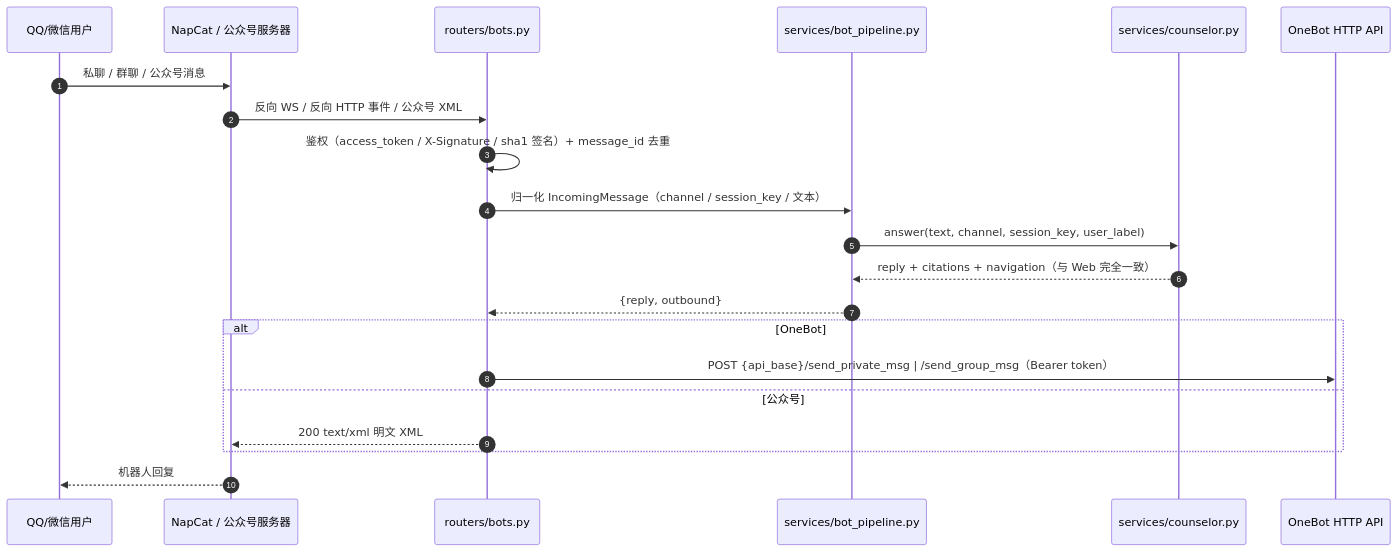
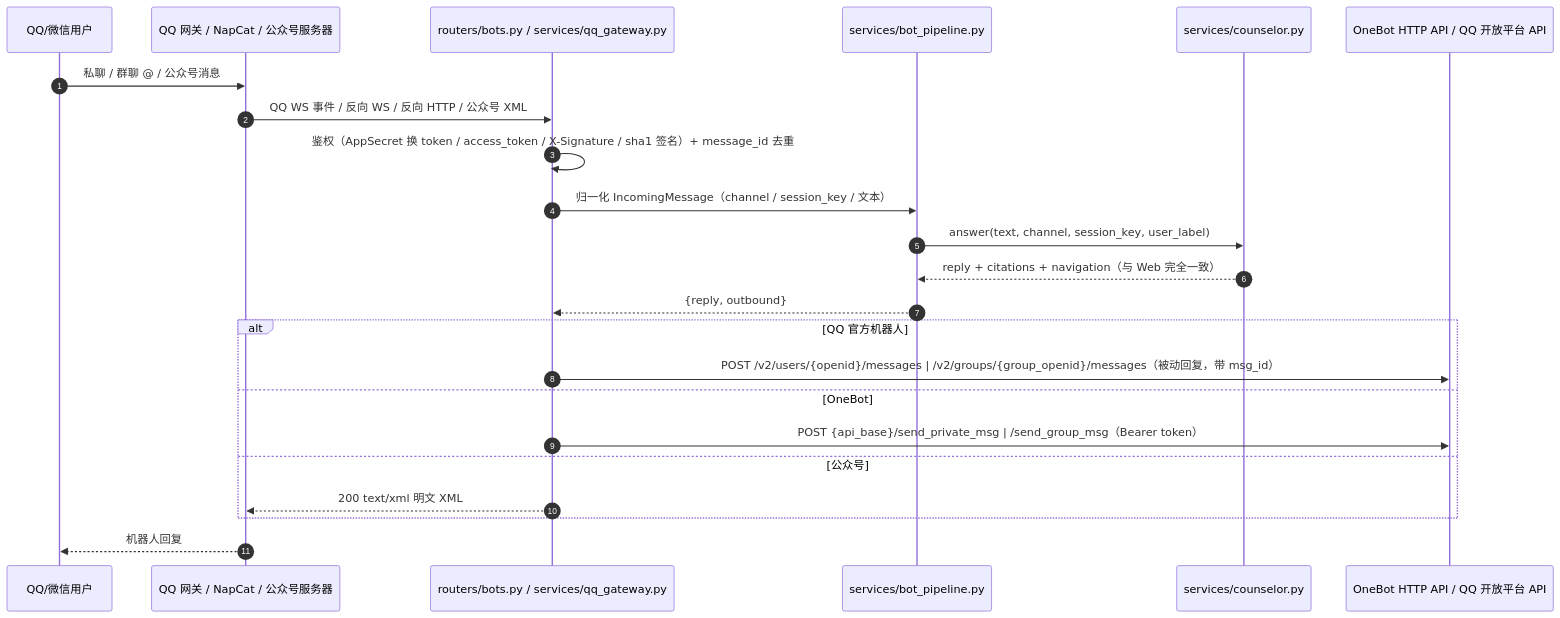
Before and after one commit to kaijiefeng/NPU-Assistant: the fourth of 5 diagrams in docs/ARCHITECTURE.md, drawn with Mermaid. The commit also changed other lines of this file and 15 other files, not shown here.

````diff
--- a/docs/ARCHITECTURE.md
+++ b/docs/ARCHITECTURE.md
@@ -187,24 +187,26 @@
 ```mermaid
 sequenceDiagram
     autonumber
     participant Q as QQ/微信用户
-    participant N as NapCat / 公众号服务器
-    participant B as routers/bots.py
+    participant N as QQ 网关 / NapCat / 公众号服务器
+    participant B as routers/bots.py / services/qq_gateway.py
     participant P as services/bot_pipeline.py
     participant S as services/counselor.py
-    participant A as OneBot HTTP API
+    participant A as OneBot HTTP API / QQ 开放平台 API
 
-    Q->>N: 私聊 / 群聊 / 公众号消息
-    N->>B: 反向 WS / 反向 HTTP 事件 / 公众号 XML
-    B->>B: 鉴权（access_token / X-Signature / sha1 签名）+ message_id 去重
+    Q->>N: 私聊 / 群聊 @ / 公众号消息
+    N->>B: QQ WS 事件 / 反向 WS / 反向 HTTP / 公众号 XML
+    B->>B: 鉴权（AppSecret 换 token / access_token / X-Signature / sha1 签名）+ message_id 去重
     B->>P: 归一化 IncomingMessage（channel / session_key / 文本）
     P->>S: answer(text, channel, session_key, user_label)
     S-->>P: reply + citations + navigation（与 Web 完全一致）
     P-->>B: {reply, outbound}
-    alt OneBot
+    alt QQ 官方机器人
+        B->>A: POST /v2/users/{openid}/messages | /v2/groups/{group_openid}/messages（被动回复，带 msg_id）
+    else OneBot
         B->>A: POST {api_base}/send_private_msg | /send_group_msg（Bearer token）
     else 公众号
         B-->>N: 200 text/xml 明文 XML
     end
     N-->>Q: 机器人回复
 ```
````
